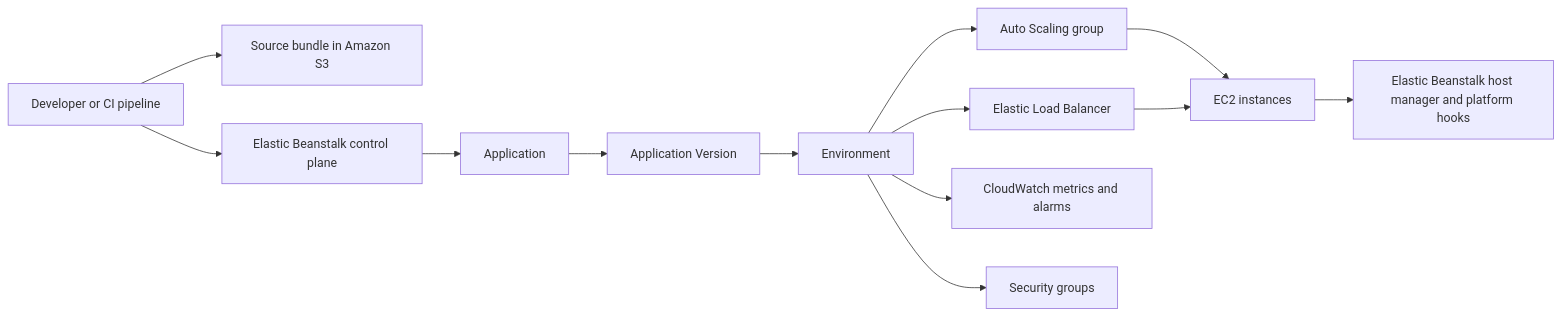
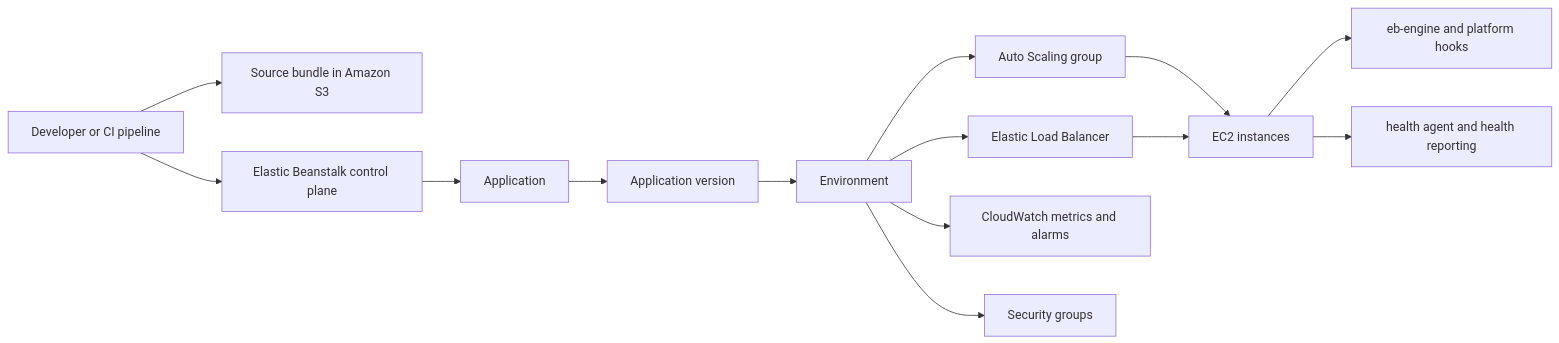
The second of 4 diagrams in docs/platform/how-elastic-beanstalk-works.md (yeongseon/aws-elastic-beanstalk-practical-guide), drawn with Mermaid before and after one commit. The commit also changed other lines of this file and 223 other files, not shown here.

````diff
--- a/docs/platform/how-elastic-beanstalk-works.md
+++ b/docs/platform/how-elastic-beanstalk-works.md
@@ -29,15 +45,16 @@
 ```mermaid
 flowchart LR
     U[Developer or CI pipeline] --> S3[Source bundle in Amazon S3]
     U --> EB[Elastic Beanstalk control plane]
     EB --> APP[Application]
-    APP --> VER[Application Version]
+    APP --> VER[Application version]
     VER --> ENV[Environment]
     ENV --> ASG[Auto Scaling group]
     ASG --> EC2[EC2 instances]
     ENV --> ELB[Elastic Load Balancer]
     ELB --> EC2
     ENV --> CW[CloudWatch metrics and alarms]
     ENV --> SG[Security groups]
-    EC2 --> AGENT[Elastic Beanstalk host manager and platform hooks]
+    EC2 --> EBE[eb-engine and platform hooks]
+    EC2 --> HEALTH[health agent and health reporting]
 ```
````
